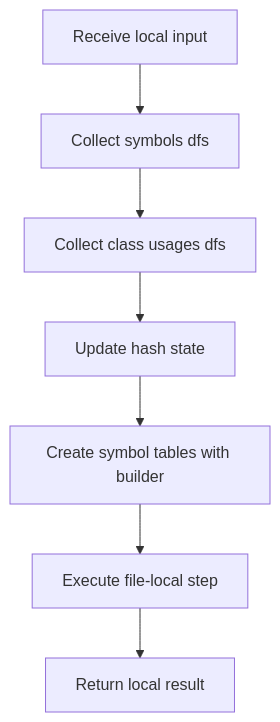
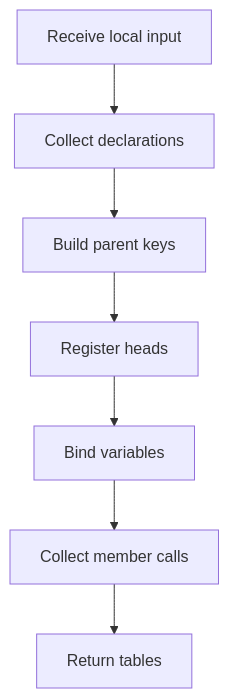
The diagram in docs/Codebase/Microservice/Modules/Source/Analysis/ImplementationUse/Binding/Symbols/build.cpp.md (JohnAndrewBalbarosa/NeoTerritory), drawn with Mermaid before and after one commit. The commit also changed other lines of this file and 147 other files, not shown here.

````diff
--- a/docs/Codebase/Microservice/Modules/Source/Analysis/ImplementationUse/Binding/Symbols/build.cpp.md
+++ b/docs/Codebase/Microservice/Modules/Source/Analysis/ImplementationUse/Binding/Symbols/build.cpp.md
@@ -24,16 +36,16 @@
 ```mermaid
 flowchart TD
     N0["Receive local input"]
-    N1["Collect symbols dfs"]
-    N2["Collect class usages dfs"]
-    N3["Update hash state"]
-    N4["Create symbol tables with builder"]
-    N5["Execute file-local step"]
-    N6["Return local result"]
+    N1["Collect declarations"]
+    N2["Build parent keys"]
+    N3["Register heads"]
+    N4["Bind variables"]
+    N5["Collect member calls"]
+    N6["Return tables"]
     N0 --> N1
     N1 --> N2
     N2 --> N3
     N3 --> N4
     N4 --> N5
     N5 --> N6
 ```
````
